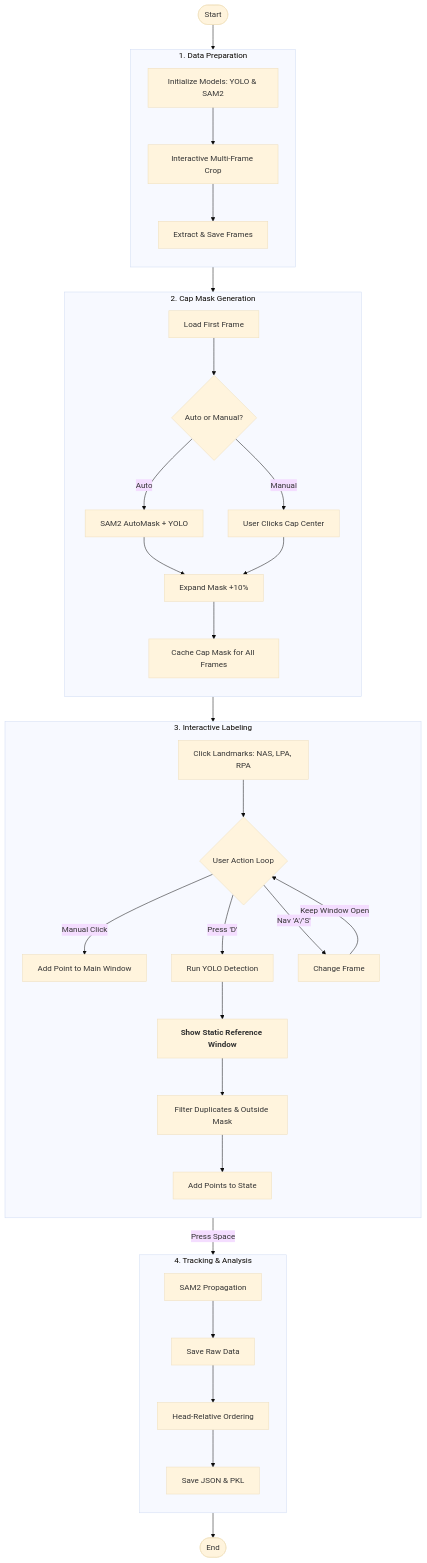
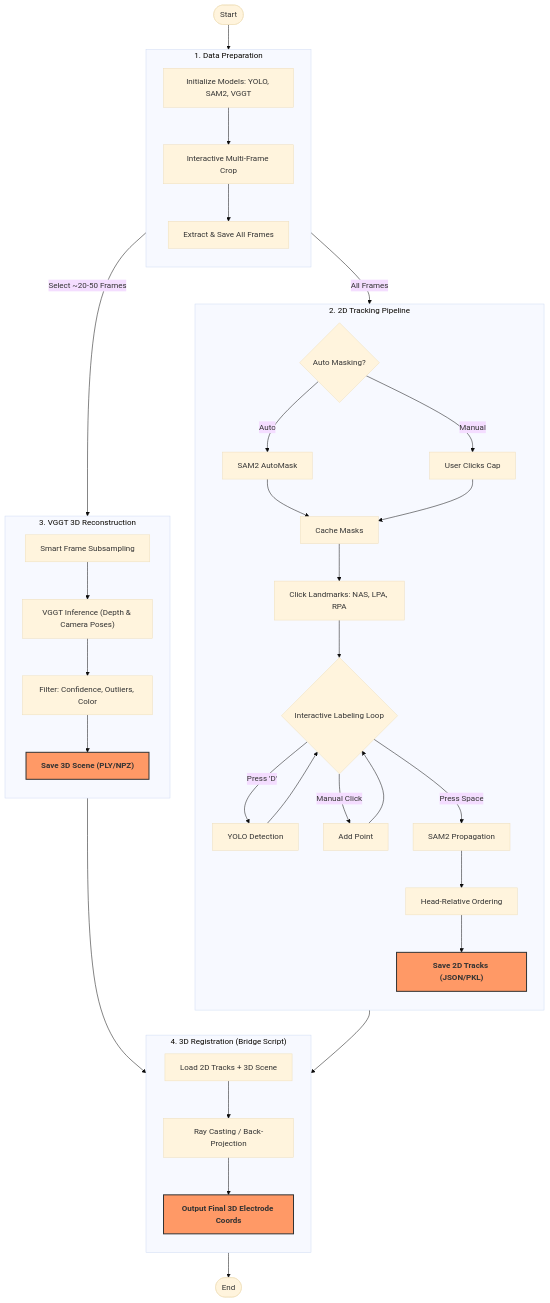
The first of 2 diagrams in README.md (evrim06/video-eeg-electrode-registration), drawn with Mermaid (base theme) before and after one commit. The commit also changed other lines of this file, not shown here.

````diff
--- a/README.md
+++ b/README.md
@@ -13,50 +13,69 @@
 ```mermaid
 flowchart TD
-    Start([Start]) --> Init[Initialize Models: YOLO & SAM2]
+    Start([Start]) --> Init[Initialize Models: YOLO, SAM2, VGGT]
 
     %% --------------------
-    subgraph Data_Prep [1. Data Preparation]
+    %% SHARED PREP
+    %% --------------------
+    subgraph Data_Prep ["1. Data Preparation"]
         direction TB
         Init --> MultiFrameCrop[Interactive Multi-Frame Crop]
-        MultiFrameCrop --> ExtractFrames[Extract & Save Frames]
+        MultiFrameCrop --> ExtractFrames[Extract & Save All Frames]
     end
 
     %% --------------------
-    subgraph Masking_Phase [2. Cap Mask Generation]
+    %% BRANCH 1: THE 2D PIPELINE (Your existing work)
+    %% --------------------
+    subgraph 2D_Pipeline ["2. 2D Tracking Pipeline"]
         direction TB
-        ExtractFrames --> LoadFirstFrame[Load First Frame]
-        LoadFirstFrame --> AutoMaskGen{Auto or Manual?}
-        AutoMaskGen -- Auto --> SAM2_Auto[SAM2 AutoMask + YOLO]
-        AutoMaskGen -- Manual --> Manual_Click[User Clicks Cap Center]
-        SAM2_Auto --> ExpandMask[Expand Mask +10%]
-        Manual_Click --> ExpandMask
-        ExpandMask --> Precompute[Cache Cap Mask for All Frames]
+        ExtractFrames -- "All Frames" --> AutoMaskGen{Auto Masking?}
+        
+        %% Masking
+        AutoMaskGen -- Auto --> SAM2_Auto[SAM2 AutoMask]
+        AutoMaskGen -- Manual --> Manual_Click[User Clicks Cap]
+        SAM2_Auto --> Precompute[Cache Masks]
+        Manual_Click --> Precompute
+
+        %% Labeling
+        Precompute --> UserClickLandmarks["Click Landmarks: NAS, LPA, RPA"]
+        UserClickLandmarks --> InteractiveLoop{Interactive Labeling Loop}
+        
+        InteractiveLoop -- "Press 'D'" --> RunYOLO[YOLO Detection]
+        RunYOLO --> InteractiveLoop
+        InteractiveLoop -- "Manual Click" --> AddPoint[Add Point]
+        AddPoint --> InteractiveLoop
+
+        %% Tracking
+        InteractiveLoop -- "Press Space" --> Tracking[SAM2 Propagation]
+        Tracking --> Ordering[Head-Relative Ordering]
+        Ordering --> Save2D["<B>Save 2D Tracks (JSON/PKL)</B>"]
     end
 
     %% --------------------
-    subgraph Labeling_Phase [3. Interactive Labeling]
+    %% BRANCH 2: THE 3D PIPELINE (New VGGT Script)
+    %% --------------------
+    subgraph 3D_Pipeline ["3. VGGT 3D Reconstruction"]
         direction TB
-        Precompute --> UserClickLandmarks[Click Landmarks: NAS, LPA, RPA]
-        UserClickLandmarks --> InteractiveLoop{User Action Loop}
-        InteractiveLoop -- Manual Click --> AddManual[Add Point to Main Window]
-        
-        InteractiveLoop -- Press 'D' --> RunYOLO[Run YOLO Detection]
-        RunYOLO --> ShowRefWindow[<B>Show Static Reference Window</B>]
-        ShowRefWindow --> Filter[Filter Duplicates & Outside Mask]
-        Filter --> AddYOLO[Add Points to State]
-        
-        InteractiveLoop -- Nav 'A'/'S' --> MoveFrame[Change Frame]
-        MoveFrame -- Keep Window Open --> InteractiveLoop
+        ExtractFrames -- "Select ~20-50 Frames" --> SmartSubsample[Smart Frame Subsampling]
+        SmartSubsample --> VGGT_Infer["VGGT Inference (Depth & Camera Poses)"]
+        VGGT_Infer --> Filters["Filter: Confidence, Outliers, Color"]
+        Filters --> Save3D["<B>Save 3D Scene (PLY/NPZ)</B>"]
     end
 
     %% --------------------
-    subgraph Processing_Phase [4. Tracking & Analysis]
+    %% MERGE: THE BRIDGE SCRIPT
+    %% --------------------
+    subgraph Bridge_Phase ["4. 3D Registration (Bridge Script)"]
         direction TB
-        InteractiveLoop -- Press Space --> Tracking[SAM2 Propagation]
-        Tracking --> RawSave[Save Raw Data]
-        RawSave --> Ordering[Head-Relative Ordering]
-        Ordering --> FinalSave[Save JSON & PKL]
+        Save2D --> LoadData[Load 2D Tracks + 3D Scene]
+        Save3D --> LoadData
+        LoadData --> RayCast["Ray Casting / Back-Projection"]
+        RayCast --> FinalOutput["<B>Output Final 3D Electrode Coords</B>"]
     end
 
-    FinalSave --> End([End])
+    FinalOutput --> End([End])
+
+    %% Styling for clarity
+    classDef output fill:#f96,stroke:#333,stroke-width:2px;
+    class Save2D,Save3D,FinalOutput output;
 ```
````
